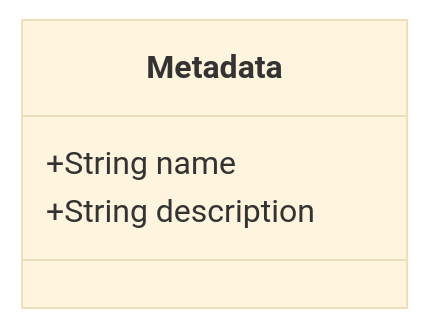
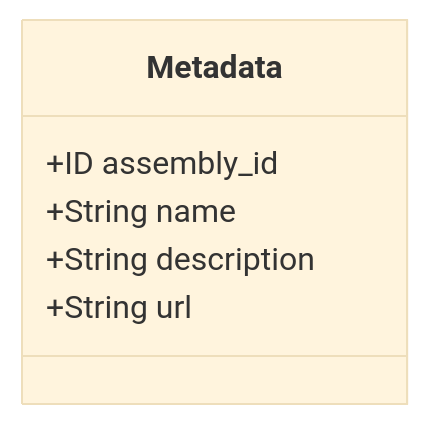
The first of 2 diagrams in content/develop/world-contracts/primitives/metadata.move.md (Scetrov/frontier.scetrov.live), drawn with Mermaid (base theme) before and after one commit. The commit also changed other lines of this file and 15 other files, not shown here.

````diff
--- a/content/develop/world-contracts/primitives/metadata.move.md
+++ b/content/develop/world-contracts/primitives/metadata.move.md
@@ -14,7 +14,9 @@
 ```mermaid
 classDiagram
     class Metadata {
+        +ID assembly_id
         +String name
         +String description
+        +String url
     }
 ```
````
